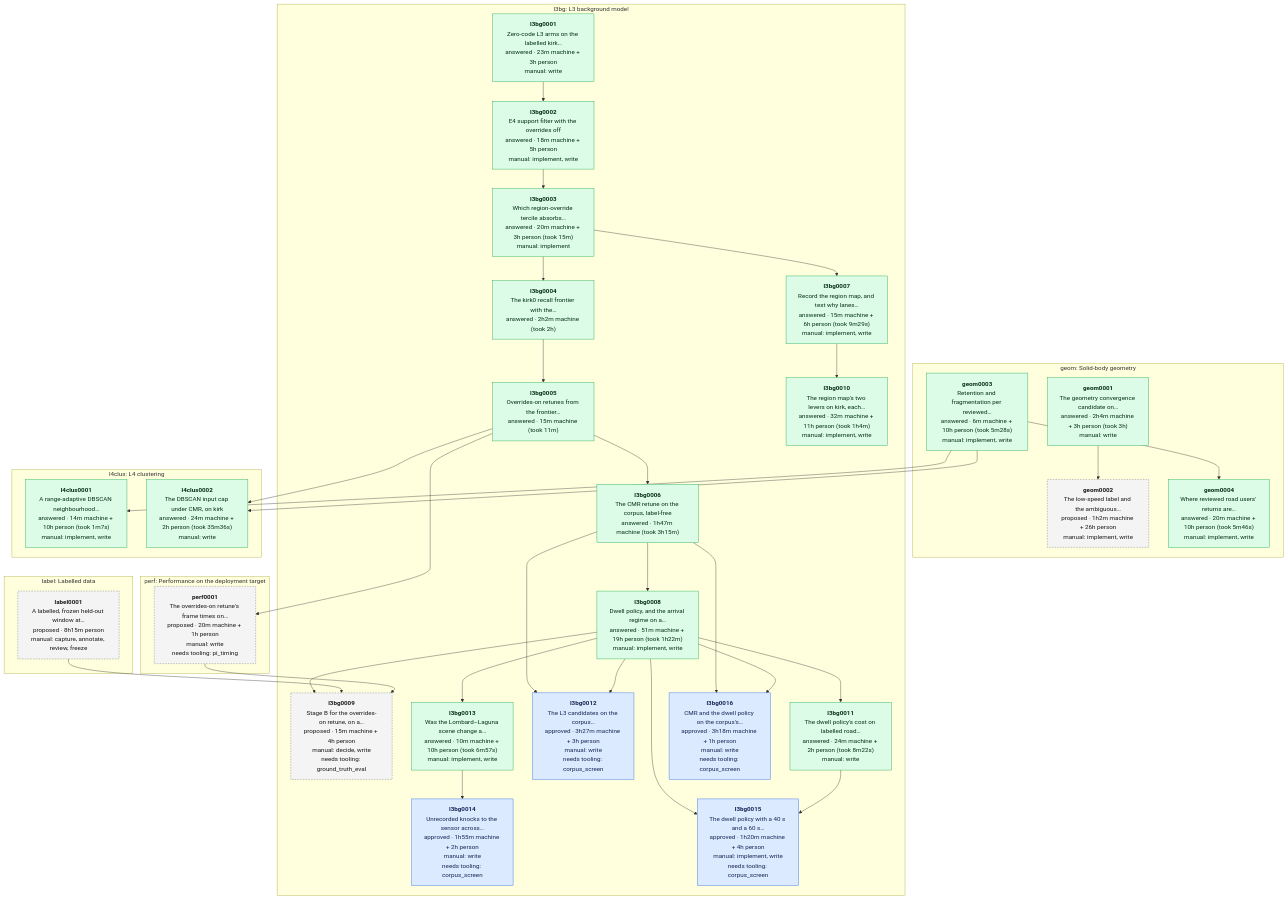
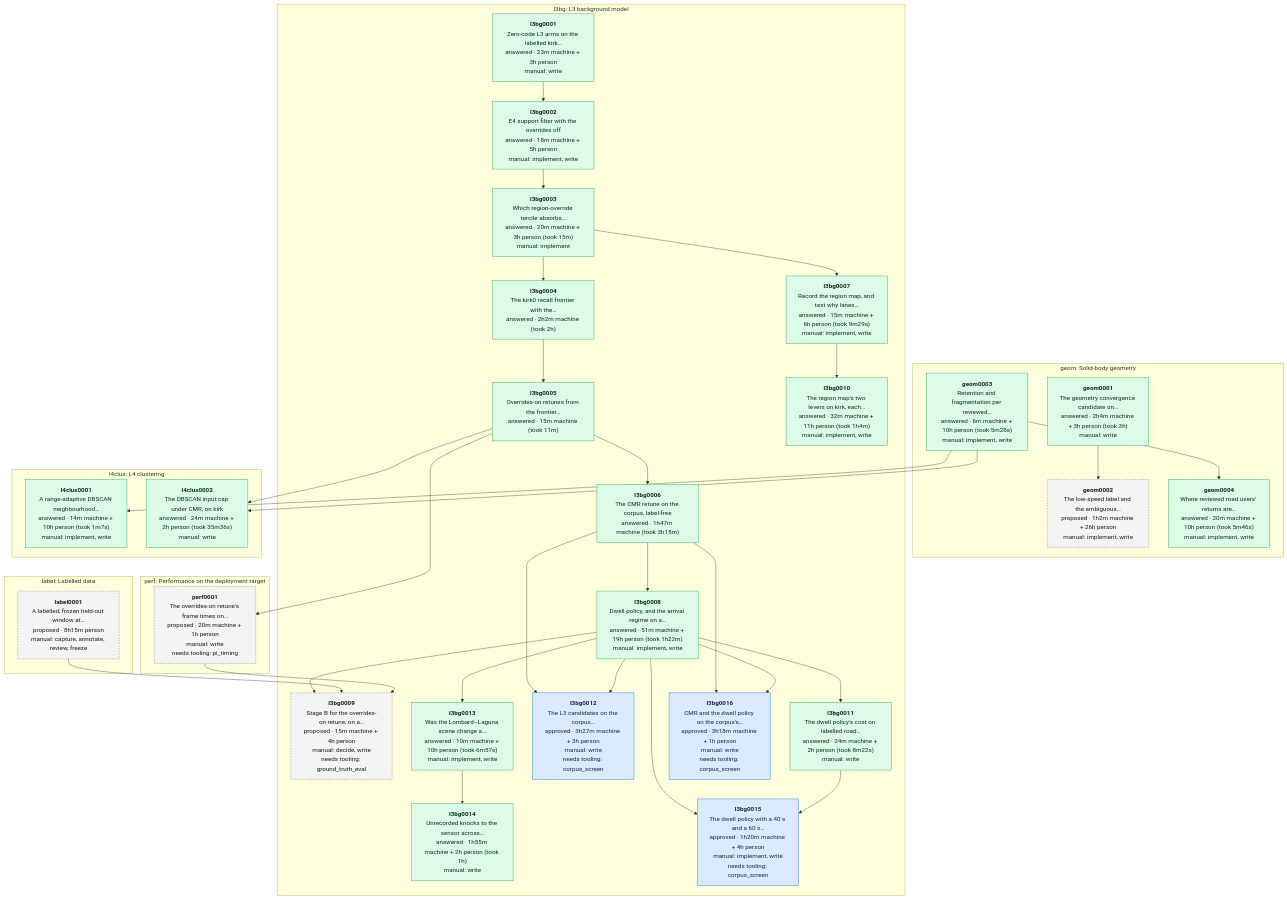
Before and after one commit to banshee-data/velocity.report: the diagram in data/experiments/DEPENDENCIES.md, drawn with Mermaid. The commit also changed other lines of this file and 5 other files, not shown here.

````diff
--- a/data/experiments/DEPENDENCIES.md
+++ b/data/experiments/DEPENDENCIES.md
@@ -7,67 +7,67 @@
 ```mermaid
 flowchart TB
   classDef proposed fill:#f4f4f5,stroke:#71717a,stroke-dasharray:4 3,color:#18181b
   classDef approved fill:#dbeafe,stroke:#2563eb,color:#172554
   classDef answered fill:#dcfce7,stroke:#16a34a,color:#052e16
   classDef retired fill:#fafafa,stroke:#d4d4d8,color:#71717a
   subgraph area_geom ["geom: Solid-body geometry"]
     geom0001["<b>geom0001</b><br/>The geometry convergence candidate on…<br/>answered · 2h4m machine + 3h person (took 3h)<br/>manual: write"]:::answered
     geom0002["<b>geom0002</b><br/>The low-speed label and the ambiguous…<br/>proposed · 1h2m machine + 26h person<br/>manual: implement, write"]:::proposed
     geom0003["<b>geom0003</b><br/>Retention and fragmentation per reviewed…<br/>answered · 6m machine + 10h person (took 5m28s)<br/>manual: implement, write"]:::answered
     geom0004["<b>geom0004</b><br/>Where reviewed road users' returns are…<br/>answered · 20m machine + 10h person (took 5m46s)<br/>manual: implement, write"]:::answered
   end
   subgraph area_l3bg ["l3bg: L3 background model"]
     l3bg0001["<b>l3bg0001</b><br/>Zero-code L3 arms on the labelled kirk…<br/>answered · 23m machine + 3h person<br/>manual: write"]:::answered
     l3bg0002["<b>l3bg0002</b><br/>E4 support filter with the overrides off<br/>answered · 18m machine + 5h person<br/>manual: implement, write"]:::answered
     l3bg0003["<b>l3bg0003</b><br/>Which region-override tercile absorbs…<br/>answered · 20m machine + 3h person (took 15m)<br/>manual: implement"]:::answered
     l3bg0004["<b>l3bg0004</b><br/>The kirk0 recall frontier with the…<br/>answered · 2h2m machine (took 2h)"]:::answered
     l3bg0005["<b>l3bg0005</b><br/>Overrides-on retunes from the frontier…<br/>answered · 15m machine (took 11m)"]:::answered
     l3bg0006["<b>l3bg0006</b><br/>The CMR retune on the corpus, label-free<br/>answered · 1h47m machine (took 3h15m)"]:::answered
     l3bg0007["<b>l3bg0007</b><br/>Record the region map, and test why lanes…<br/>answered · 15m machine + 6h person (took 9m29s)<br/>manual: implement, write"]:::answered
     l3bg0008["<b>l3bg0008</b><br/>Dwell policy, and the arrival regime on a…<br/>answered · 51m machine + 19h person (took 1h22m)<br/>manual: implement, write"]:::answered
     l3bg0009["<b>l3bg0009</b><br/>Stage B for the overrides-on retune, on a…<br/>proposed · 15m machine + 4h person<br/>manual: decide, write<br/>needs tooling: ground_truth_eval"]:::proposed
     l3bg0010["<b>l3bg0010</b><br/>The region map's two levers on kirk, each…<br/>answered · 32m machine + 11h person (took 1h4m)<br/>manual: implement, write"]:::answered
     l3bg0011["<b>l3bg0011</b><br/>The dwell policy's cost on labelled road…<br/>answered · 24m machine + 2h person (took 8m22s)<br/>manual: write"]:::answered
     l3bg0012["<b>l3bg0012</b><br/>The L3 candidates on the corpus…<br/>approved · 3h27m machine + 3h person<br/>manual: write<br/>needs tooling: corpus_screen"]:::approved
     l3bg0013["<b>l3bg0013</b><br/>Was the Lombard–Laguna scene change a…<br/>answered · 10m machine + 10h person (took 6m57s)<br/>manual: implement, write"]:::answered
-    l3bg0014["<b>l3bg0014</b><br/>Unrecorded knocks to the sensor across…<br/>approved · 1h55m machine + 2h person<br/>manual: write<br/>needs tooling: corpus_screen"]:::approved
+    l3bg0014["<b>l3bg0014</b><br/>Unrecorded knocks to the sensor across…<br/>answered · 1h55m machine + 2h person (took 1h)<br/>manual: write"]:::answered
     l3bg0015["<b>l3bg0015</b><br/>The dwell policy with a 40 s and a 60 s…<br/>approved · 1h20m machine + 4h person<br/>manual: implement, write<br/>needs tooling: corpus_screen"]:::approved
     l3bg0016["<b>l3bg0016</b><br/>CMR and the dwell policy on the corpus's…<br/>approved · 3h18m machine + 1h person<br/>manual: write<br/>needs tooling: corpus_screen"]:::approved
   end
   subgraph area_l4clus ["l4clus: L4 clustering"]
     l4clus0001["<b>l4clus0001</b><br/>A range-adaptive DBSCAN neighbourhood…<br/>answered · 14m machine + 10h person (took 1m7s)<br/>manual: implement, write"]:::answered
     l4clus0002["<b>l4clus0002</b><br/>The DBSCAN input cap under CMR, on kirk<br/>answered · 24m machine + 2h person (took 35m36s)<br/>manual: write"]:::answered
   end
   subgraph area_label ["label: Labelled data"]
     label0001["<b>label0001</b><br/>A labelled, frozen held-out window at…<br/>proposed · 8h15m person<br/>manual: capture, annotate, review, freeze"]:::proposed
   end
   subgraph area_perf ["perf: Performance on the deployment target"]
     perf0001["<b>perf0001</b><br/>The overrides-on retune's frame times on…<br/>proposed · 20m machine + 1h person<br/>manual: write<br/>needs tooling: pi_timing"]:::proposed
   end
   geom0001 --> geom0002
   geom0003 --> geom0004
   l3bg0001 --> l3bg0002
   l3bg0002 --> l3bg0003
   l3bg0003 --> l3bg0004
   l3bg0004 --> l3bg0005
   l3bg0005 --> l3bg0006
   l3bg0003 --> l3bg0007
   l3bg0006 --> l3bg0008
   l3bg0008 --> l3bg0009
   label0001 --> l3bg0009
   perf0001 --> l3bg0009
   l3bg0007 --> l3bg0010
   l3bg0008 --> l3bg0011
   l3bg0006 --> l3bg0012
   l3bg0008 --> l3bg0012
   l3bg0008 --> l3bg0013
   l3bg0013 --> l3bg0014
   l3bg0008 --> l3bg0015
   l3bg0011 --> l3bg0015
   l3bg0006 --> l3bg0016
   l3bg0008 --> l3bg0016
   geom0003 --> l4clus0001
   geom0003 --> l4clus0002
   l3bg0005 --> l4clus0002
   l3bg0005 --> perf0001
 ```
````
